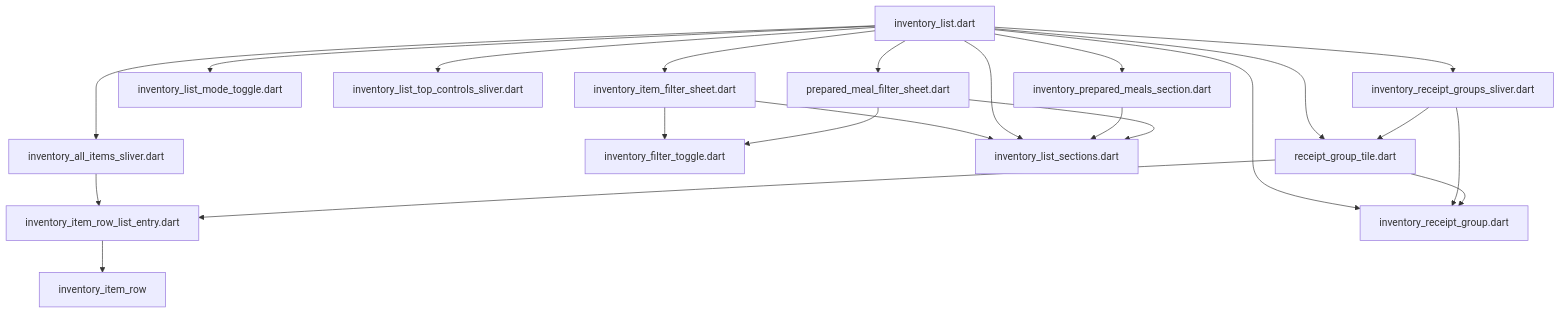
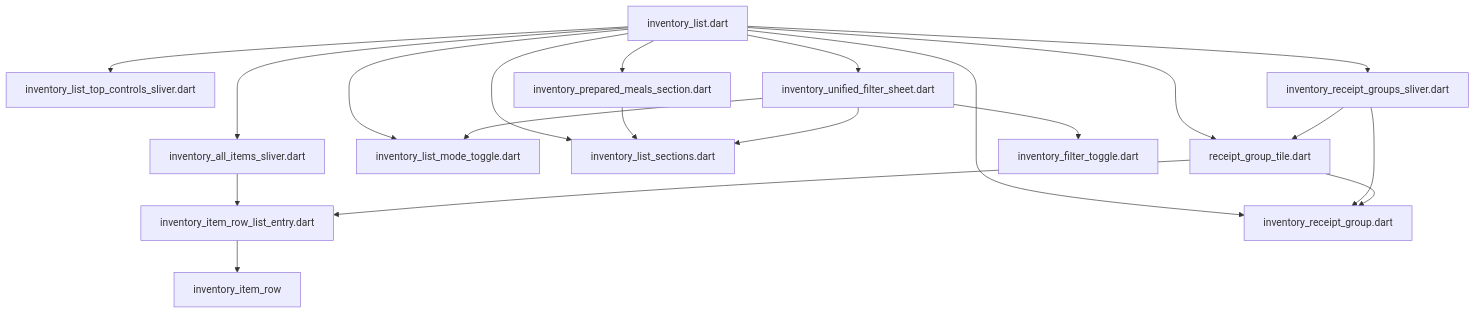
Before and after one commit to repinw/yamt: the diagram in lib/features/inventory/presentation/widgets/inventory_list/DEPS.md, drawn with Mermaid. The commit also changed 41 other files, not shown here.

````diff
--- a/lib/features/inventory/presentation/widgets/inventory_list/DEPS.md
+++ b/lib/features/inventory/presentation/widgets/inventory_list/DEPS.md
@@ -6,24 +6,22 @@
 ```mermaid
 flowchart TD;
 inventory_all_items_sliver.dart-->inventory_item_row_list_entry.dart;
-inventory_item_filter_sheet.dart-->inventory_filter_toggle.dart;
-inventory_item_filter_sheet.dart-->inventory_list_sections.dart;
 inventory_item_row_list_entry.dart-->inventory_item_row;
 inventory_list.dart-->inventory_all_items_sliver.dart;
-inventory_list.dart-->inventory_item_filter_sheet.dart;
 inventory_list.dart-->inventory_list_mode_toggle.dart;
 inventory_list.dart-->inventory_list_sections.dart;
 inventory_list.dart-->inventory_list_top_controls_sliver.dart;
+inventory_list.dart-->inventory_unified_filter_sheet.dart;
 inventory_list.dart-->inventory_prepared_meals_section.dart;
 inventory_list.dart-->inventory_receipt_group.dart;
 inventory_list.dart-->inventory_receipt_groups_sliver.dart;
-inventory_list.dart-->prepared_meal_filter_sheet.dart;
 inventory_list.dart-->receipt_group_tile.dart;
 inventory_prepared_meals_section.dart-->inventory_list_sections.dart;
 inventory_receipt_groups_sliver.dart-->inventory_receipt_group.dart;
 inventory_receipt_groups_sliver.dart-->receipt_group_tile.dart;
-prepared_meal_filter_sheet.dart-->inventory_filter_toggle.dart;
-prepared_meal_filter_sheet.dart-->inventory_list_sections.dart;
+inventory_unified_filter_sheet.dart-->inventory_filter_toggle.dart;
+inventory_unified_filter_sheet.dart-->inventory_list_mode_toggle.dart;
+inventory_unified_filter_sheet.dart-->inventory_list_sections.dart;
 receipt_group_tile.dart-->inventory_item_row_list_entry.dart;
 receipt_group_tile.dart-->inventory_receipt_group.dart;
 ```
````
